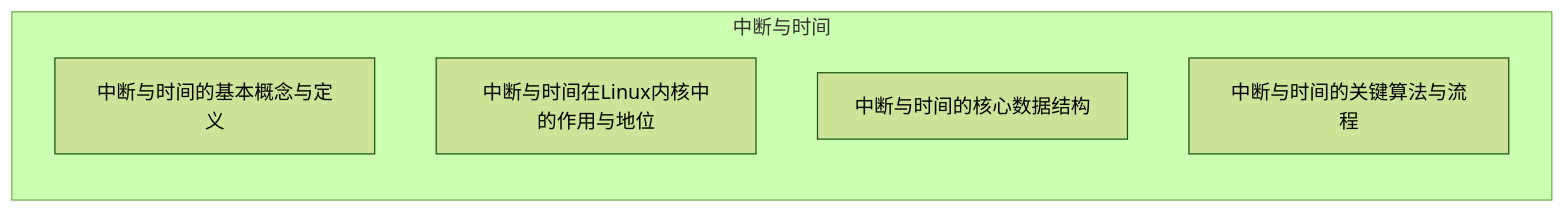
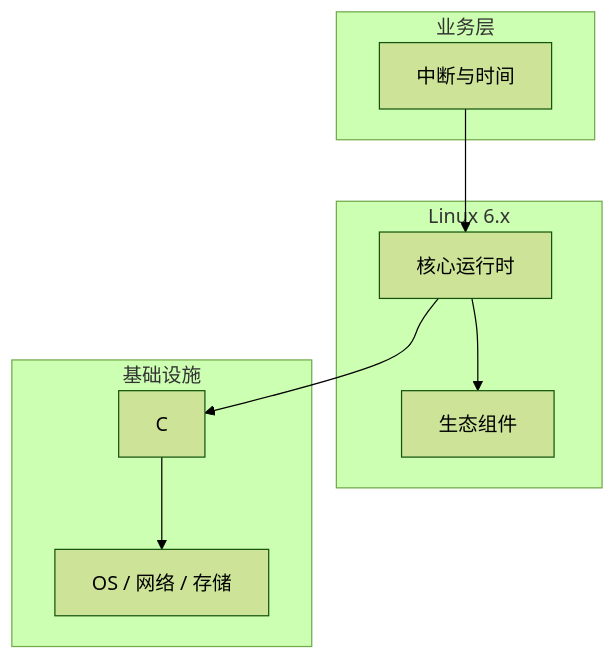
Before and after one commit to yanggan2015/knowledge-json-v2: the diagram in articles/Linux内核/chapters/075-中断与时间的对比与选型.md, drawn with Mermaid (forest theme). The commit also changed other lines of this file and 10127 other files, not shown here.

````diff
--- a/articles/Linux内核/chapters/075-中断与时间的对比与选型.md
+++ b/articles/Linux内核/chapters/075-中断与时间的对比与选型.md
@@ -45,9 +34,18 @@
 ```mermaid
-graph LR
-    subgraph 中断与时间
-        C0[中断与时间的基本概念与定义]
-        C1[中断与时间在Linux内核中的作用与地位]
-        C2[中断与时间的核心数据结构]
-        C3[中断与时间的关键算法与流程]
+graph TB
+    subgraph 业务层
+        A[中断与时间]
     end
+    subgraph Linux 6.x
+        B[核心运行时]
+        C[生态组件]
+    end
+    subgraph 基础设施
+        D[C]
+        E[OS / 网络 / 存储]
+    end
+    A --> B
+    B --> C
+    B --> D
+    D --> E
 ```
````
